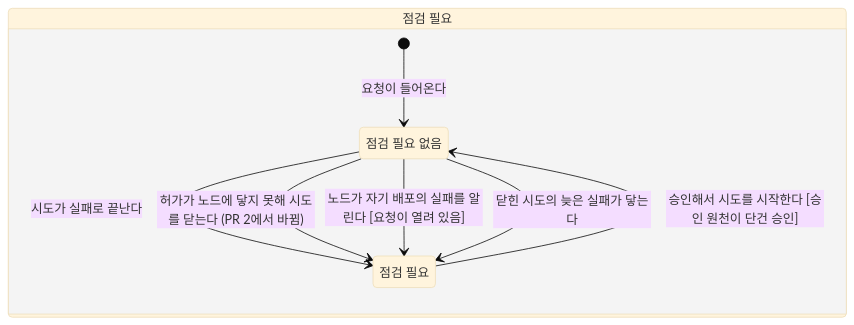
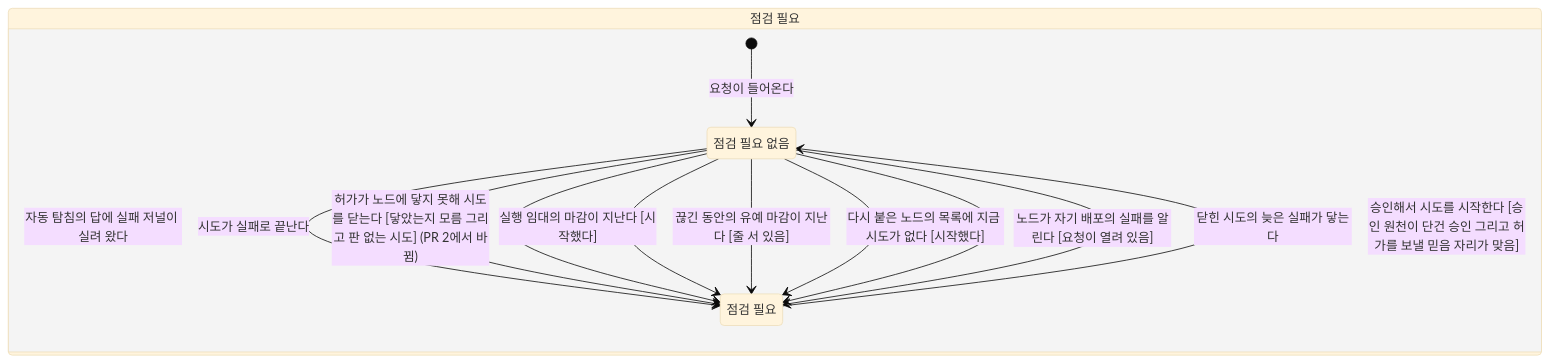
The diagram in docs/deploy-state/generated/request-lock.mmd (eiaserinnys/Haniel), drawn with Mermaid (base theme) before and after one commit. The commit also changed 76 other files, not shown here.

```diff
--- a/docs/deploy-state/generated/request-lock.mmd
+++ b/docs/deploy-state/generated/request-lock.mmd
@@ -1,14 +1,18 @@
 stateDiagram-v2
     direction TB
     classDef breaks fill:#ffecee,stroke:#e72e3b
     classDef notInDesign fill:#fff3e6,stroke:#e8730c
     state "점검 필요" as lock {
         l_off: 점검 필요 없음
         l_on: 점검 필요
         [*] --> l_off: 요청이 들어온다
+        l_off --> l_on: 자동 탐침의 답에 실패 저널이 실려 왔다
         l_off --> l_on: 시도가 실패로 끝난다
-        l_off --> l_on: 허가가 노드에 닿지 못해 시도를 닫는다 (PR 2에서 바뀜)
+        l_off --> l_on: 허가가 노드에 닿지 못해 시도를 닫는다 [닿았는지 모름 그리고 판 없는 시도] (PR 2에서 바뀜)
+        l_off --> l_on: 실행 임대의 마감이 지난다 [시작했다]
+        l_off --> l_on: 끊긴 동안의 유예 마감이 지난다 [줄 서 있음]
+        l_off --> l_on: 다시 붙은 노드의 목록에 지금 시도가 없다 [시작했다]
         l_off --> l_on: 노드가 자기 배포의 실패를 알린다 [요청이 열려 있음]
         l_off --> l_on: 닫힌 시도의 늦은 실패가 닿는다
-        l_on --> l_off: 승인해서 시도를 시작한다 [승인 원천이 단건 승인]
+        l_on --> l_off: 승인해서 시도를 시작한다 [승인 원천이 단건 승인 그리고 허가를 보낼 믿음 자리가 맞음]
     }
```
